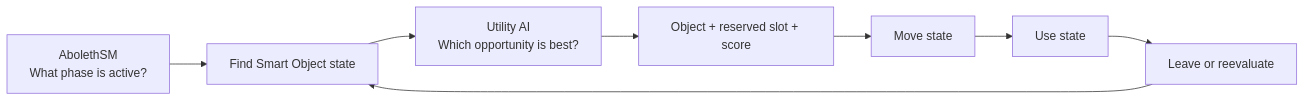
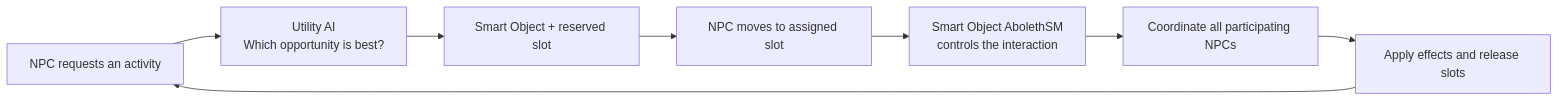
One commit to JMathisPluto/AbolethUtilityAI-Case-Study changed the sixth of 6 diagrams in README.md. Above: the diagram before and after it, drawn with Mermaid. The commit also changed other lines of this file, not shown here.

Commit message:
Explain data-driven NPC behavior in plain language

````diff
--- a/README.md
+++ b/README.md
@@ -346,10 +374,10 @@
 ```mermaid
 flowchart LR
-    A["AbolethSM<br/>What phase is active?"] --> B["Find Smart Object state"]
-    B --> C["Utility AI<br/>Which opportunity is best?"]
-    C --> D["Object + reserved slot + score"]
-    D --> E["Move state"]
-    E --> F["Use state"]
-    F --> G["Leave or reevaluate"]
-    G --> B
+    A["NPC requests an activity"] --> B["Utility AI<br/>Which opportunity is best?"]
+    B --> C["Smart Object + reserved slot"]
+    C --> D["NPC moves to assigned slot"]
+    D --> E["Smart Object AbolethSM<br/>controls the interaction"]
+    E --> F["Coordinate all participating NPCs"]
+    F --> G["Apply effects and release slots"]
+    G --> A
 ```
````
